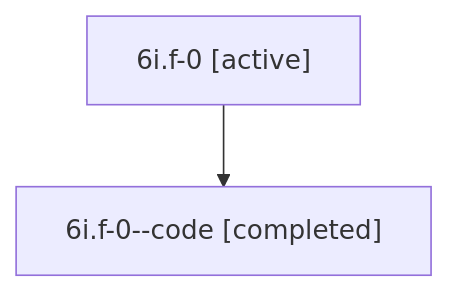
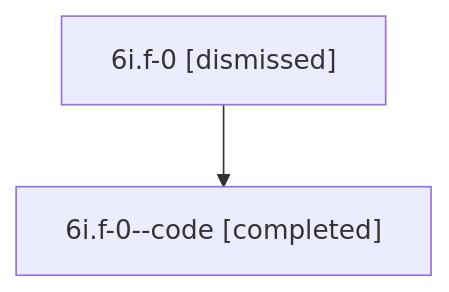
The diagram in sessions/bbugyi200.athena.6i.f-0.md (bobs-org/bob-cli--agents), drawn with Mermaid before and after one commit. The commit also changed other lines of this file and 22 other files, not shown here.

````diff
--- a/sessions/bbugyi200.athena.6i.f-0.md
+++ b/sessions/bbugyi200.athena.6i.f-0.md
@@ -9,6 +9,6 @@
 ```mermaid
 flowchart TD
-  n0["6i.f-0 [active]"]
+  n0["6i.f-0 [dismissed]"]
   n1["6i.f-0--code [completed]"]
   n0 --> n1
 ```
````
